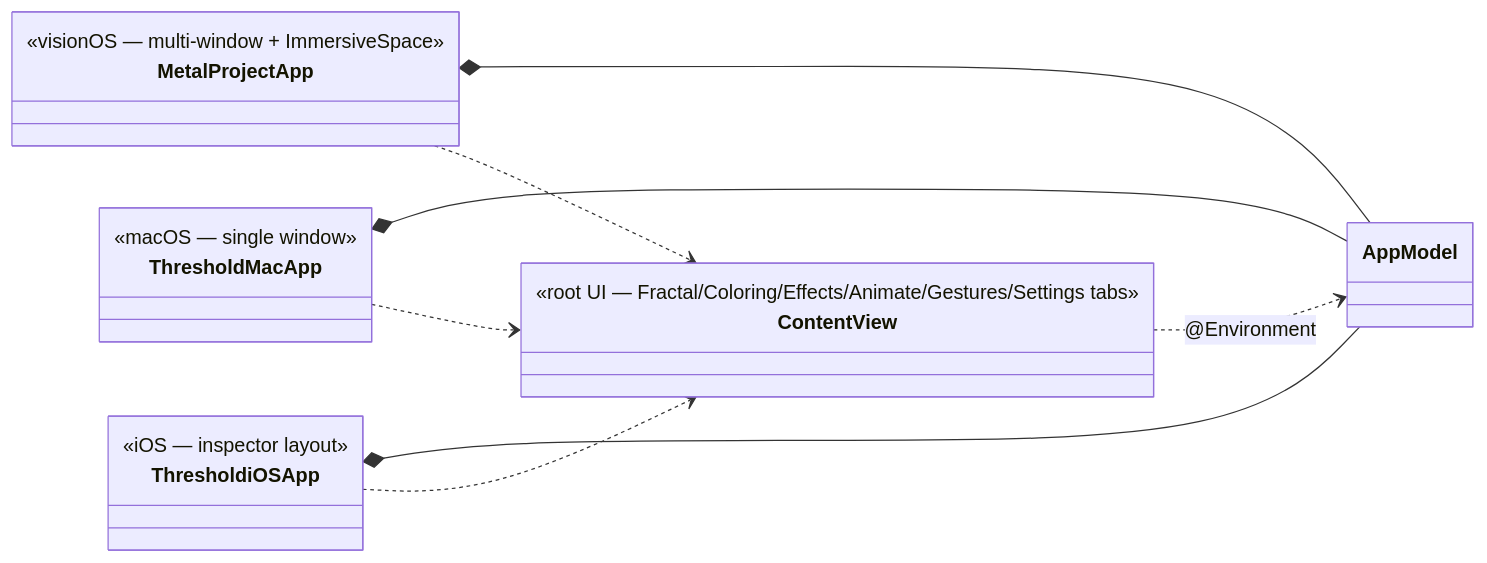
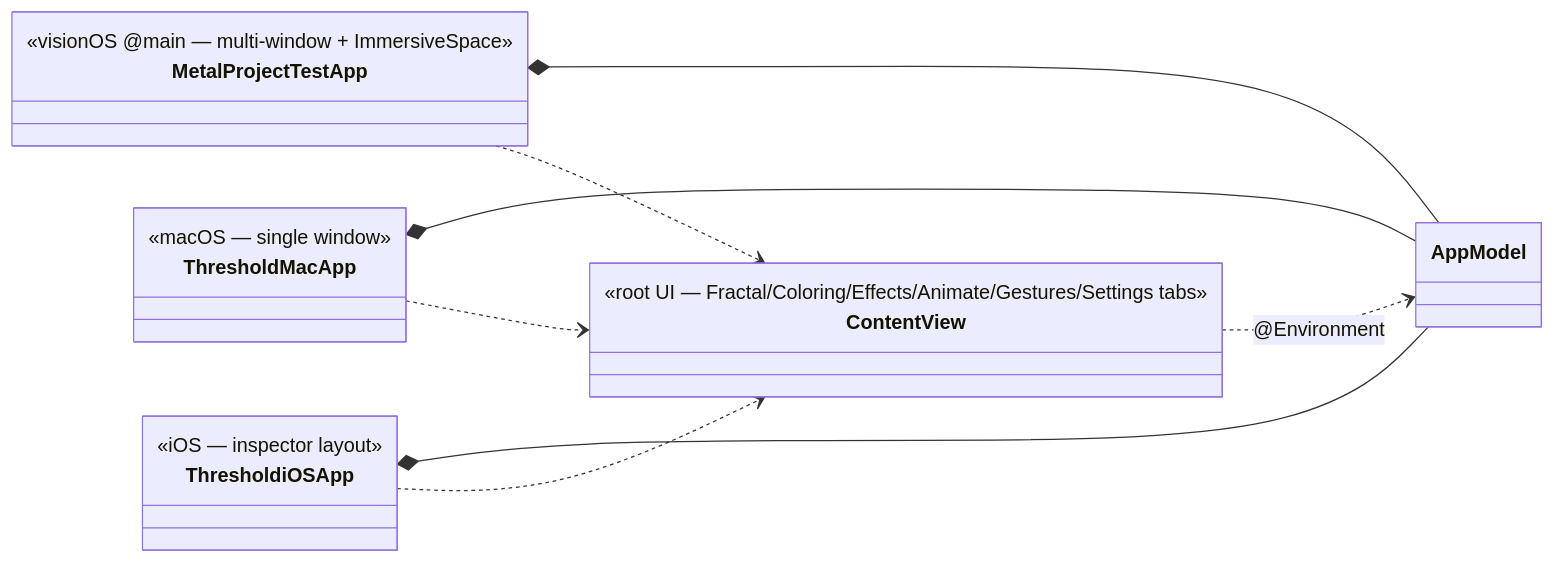
One commit to Halopend/MetalRaymarch-main changed the second of 9 diagrams in Context/ARCHITECTURE_UML.md. Above: the diagram before and after it, drawn with Mermaid. The commit also changed other lines of this file and 16 other files, not shown here.

````diff
--- a/Context/ARCHITECTURE_UML.md
+++ b/Context/ARCHITECTURE_UML.md
@@ -80,17 +79,17 @@
 ```mermaid
 classDiagram
     direction LR
-    class MetalProjectApp { <<visionOS — multi-window + ImmersiveSpace>> }
+    class MetalProjectTestApp { <<visionOS @main — multi-window + ImmersiveSpace>> }
     class ThresholdMacApp { <<macOS — single window>> }
     class ThresholdiOSApp { <<iOS — inspector layout>> }
     class AppModel
     class ContentView { <<root UI — Fractal/Coloring/Effects/Animate/Gestures/Settings tabs>> }
 
-    MetalProjectApp *-- AppModel
+    MetalProjectTestApp *-- AppModel
     ThresholdMacApp *-- AppModel
     ThresholdiOSApp *-- AppModel
-    MetalProjectApp ..> ContentView
+    MetalProjectTestApp ..> ContentView
     ThresholdMacApp ..> ContentView
     ThresholdiOSApp ..> ContentView
     ContentView ..> AppModel : @Environment
 ```
````
